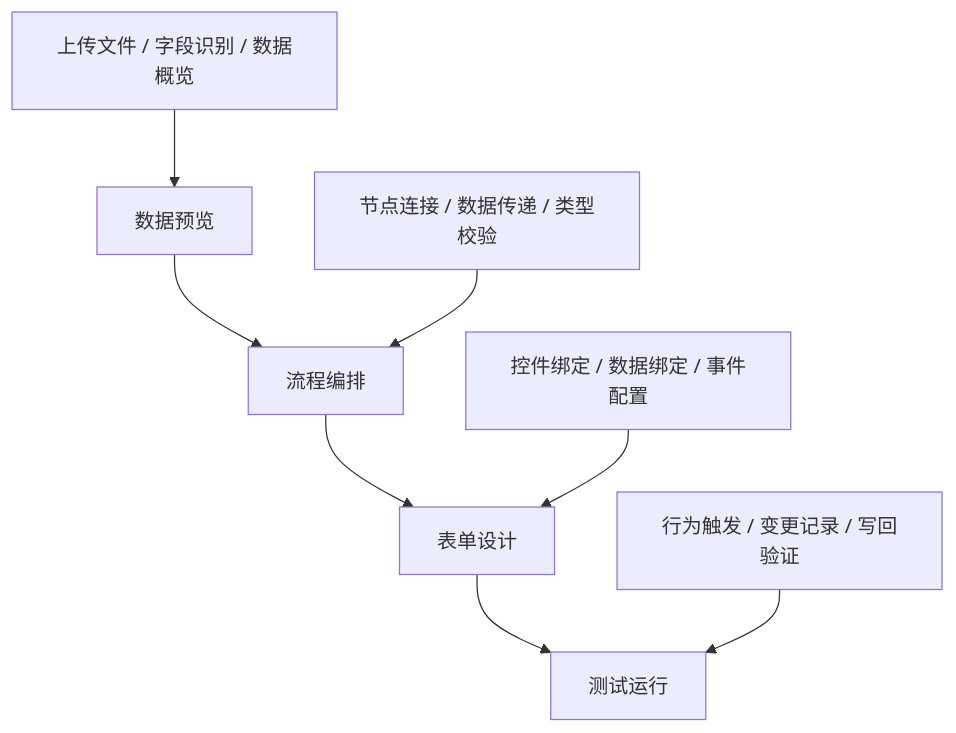
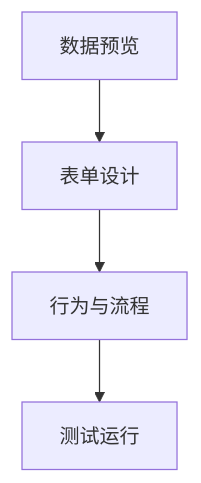
Before and after one commit to xns1997/FormFlow-Studio: the diagram in docs/readme/overview.md, drawn with Mermaid. The commit also changed other lines of this file and 36 other files, not shown here.

First line of the commit message:
docs: 补齐文档平台流程图并修正内容

````diff
--- a/docs/readme/overview.md
+++ b/docs/readme/overview.md
@@ -81,11 +81,6 @@
 ```mermaid
 flowchart TD
-  A["数据预览"] --> B["流程编排"]
-  B --> C["表单设计"]
+  A["数据预览"] --> B["表单设计"]
+  B --> C["行为与流程"]
   C --> D["测试运行"]
-
-  A1["上传文件 / 字段识别 / 数据概览"] --> A
-  B1["节点连接 / 数据传递 / 类型校验"] --> B
-  C1["控件绑定 / 数据绑定 / 事件配置"] --> C
-  D1["行为触发 / 变更记录 / 写回验证"] --> D
 ```
````
